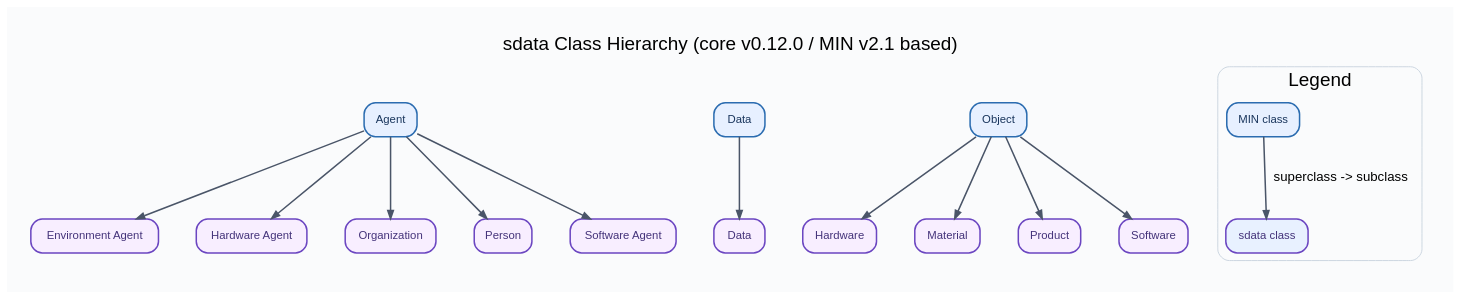
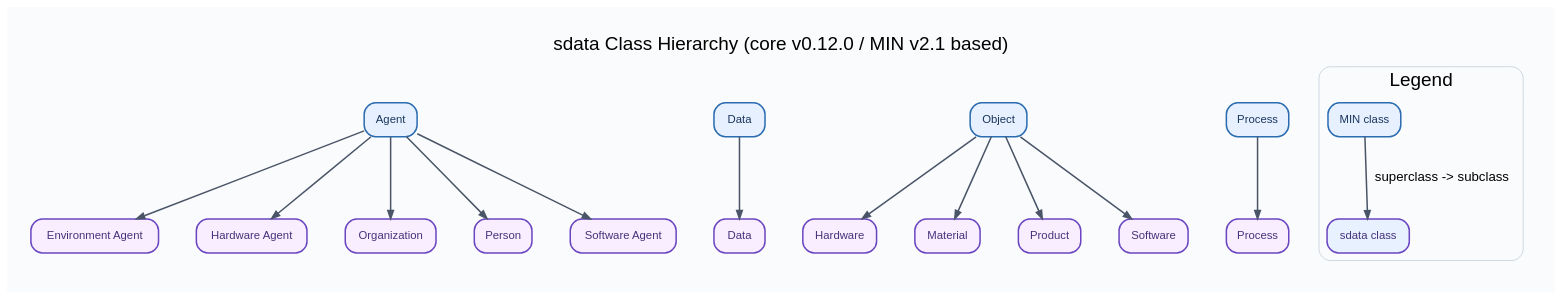
One commit to lepy/sdata-ontology changed the diagram in docs/diagrams/sdata-class-hierarchy.dot. Above: the diagram before and after it, drawn with Graphviz. The commit also changed 34 other files, not shown here.

Commit message:
Reintroduce sdata:Process and align docs/tests/plots

```diff
--- a/docs/diagrams/sdata-class-hierarchy.dot
+++ b/docs/diagrams/sdata-class-hierarchy.dot
@@ -1,110 +1,119 @@
 digraph "" {
 	graph [bgcolor="#FAFBFC",
 		fontname=Helvetica,
 		fontsize=20,
 		label="sdata Class Hierarchy (core v0.12.0 / MIN v2.1 based)",
 		labeljust=c,
 		labelloc=t,
 		nodesep=0.55,
 		overlap=false,
 		pad=0.35,
 		rankdir=TB,
 		ranksep=1.0,
 		splines=true
 	];
 	node [fontname=Helvetica,
 		fontsize=12,
 		label="\N",
 		margin="0.14,0.08",
 		penwidth=1.6,
 		shape=box,
 		style="filled,rounded"
 	];
 	edge [arrowsize=0.85,
 		color="#4A5568",
 		fontname=Helvetica,
 		penwidth=1.6
 	];
 	subgraph min_rank {
 		graph [rank=same,
 			style=invis
 		];
 		"https://w3id.org/min#Agent"	[color="#2B6CB0",
 			fillcolor="#E7F0FF",
 			fontcolor="#1A365D",
 			label=Agent];
 		"https://w3id.org/min#Data"	[color="#2B6CB0",
 			fillcolor="#E7F0FF",
 			fontcolor="#1A365D",
 			label=Data];
 		"https://w3id.org/min#Object"	[color="#2B6CB0",
 			fillcolor="#E7F0FF",
 			fontcolor="#1A365D",
 			label=Object];
+		"https://w3id.org/min#Process"	[color="#2B6CB0",
+			fillcolor="#E7F0FF",
+			fontcolor="#1A365D",
+			label=Process];
 	}
 	subgraph cluster_legend {
 		graph [color="#CBD5E0",
 			label=Legend,
 			style=rounded
 		];
 		legend_min	[color="#2B6CB0",
 			fillcolor="#E7F0FF",
 			fontcolor="#1A365D",
 			label="MIN class"];
 		legend_sdata	[color="#6B46C1",
 			fillcolor="#E8F1FF",
 			fontcolor="#44337A",
 			label="sdata class"];
 		legend_min -> legend_sdata	[label="superclass -> subclass"];
 	}
 	"https://w3id.org/sdata/core/EnvironmentAgent"	[color="#6B46C1",
 		fillcolor="#F8EEFF",
 		fontcolor="#44337A",
 		label="Environment Agent"];
 	"https://w3id.org/min#Agent" -> "https://w3id.org/sdata/core/EnvironmentAgent";
 	"https://w3id.org/sdata/core/HardwareAgent"	[color="#6B46C1",
 		fillcolor="#F8EEFF",
 		fontcolor="#44337A",
 		label="Hardware Agent"];
 	"https://w3id.org/min#Agent" -> "https://w3id.org/sdata/core/HardwareAgent";
 	"https://w3id.org/sdata/core/Organization"	[color="#6B46C1",
 		fillcolor="#F8EEFF",
 		fontcolor="#44337A",
 		label=Organization];
 	"https://w3id.org/min#Agent" -> "https://w3id.org/sdata/core/Organization";
 	"https://w3id.org/sdata/core/Person"	[color="#6B46C1",
 		fillcolor="#F8EEFF",
 		fontcolor="#44337A",
 		label=Person];
 	"https://w3id.org/min#Agent" -> "https://w3id.org/sdata/core/Person";
 	"https://w3id.org/sdata/core/SoftwareAgent"	[color="#6B46C1",
 		fillcolor="#F8EEFF",
 		fontcolor="#44337A",
 		label="Software Agent"];
 	"https://w3id.org/min#Agent" -> "https://w3id.org/sdata/core/SoftwareAgent";
 	"https://w3id.org/sdata/core/Data"	[color="#6B46C1",
 		fillcolor="#F8EEFF",
 		fontcolor="#44337A",
 		label=Data];
 	"https://w3id.org/min#Data" -> "https://w3id.org/sdata/core/Data";
 	"https://w3id.org/sdata/core/Hardware"	[color="#6B46C1",
 		fillcolor="#F8EEFF",
 		fontcolor="#44337A",
 		label=Hardware];
 	"https://w3id.org/min#Object" -> "https://w3id.org/sdata/core/Hardware";
 	"https://w3id.org/sdata/core/Material"	[color="#6B46C1",
 		fillcolor="#F8EEFF",
 		fontcolor="#44337A",
 		label=Material];
 	"https://w3id.org/min#Object" -> "https://w3id.org/sdata/core/Material";
 	"https://w3id.org/sdata/core/Product"	[color="#6B46C1",
 		fillcolor="#F8EEFF",
 		fontcolor="#44337A",
 		label=Product];
 	"https://w3id.org/min#Object" -> "https://w3id.org/sdata/core/Product";
 	"https://w3id.org/sdata/core/Software"	[color="#6B46C1",
 		fillcolor="#F8EEFF",
 		fontcolor="#44337A",
 		label=Software];
 	"https://w3id.org/min#Object" -> "https://w3id.org/sdata/core/Software";
+	"https://w3id.org/sdata/core/Process"	[color="#6B46C1",
+		fillcolor="#F8EEFF",
+		fontcolor="#44337A",
+		label=Process];
+	"https://w3id.org/min#Process" -> "https://w3id.org/sdata/core/Process";
 }
```
